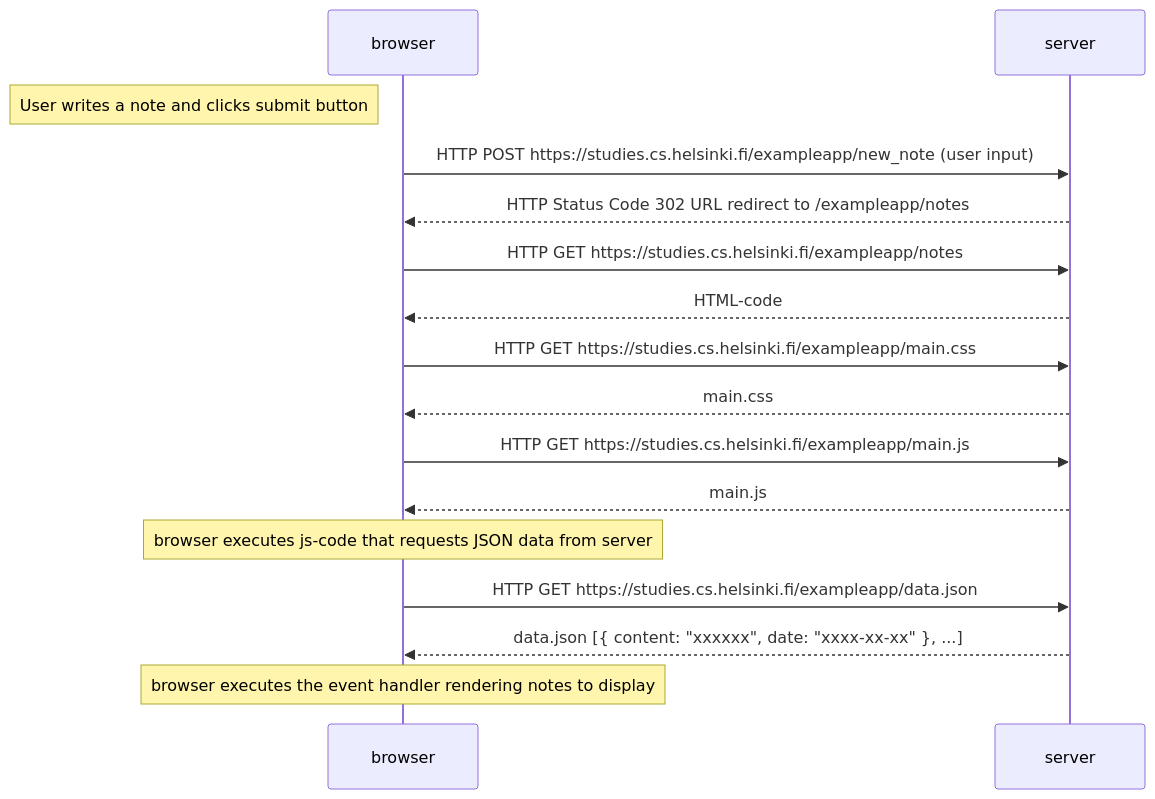
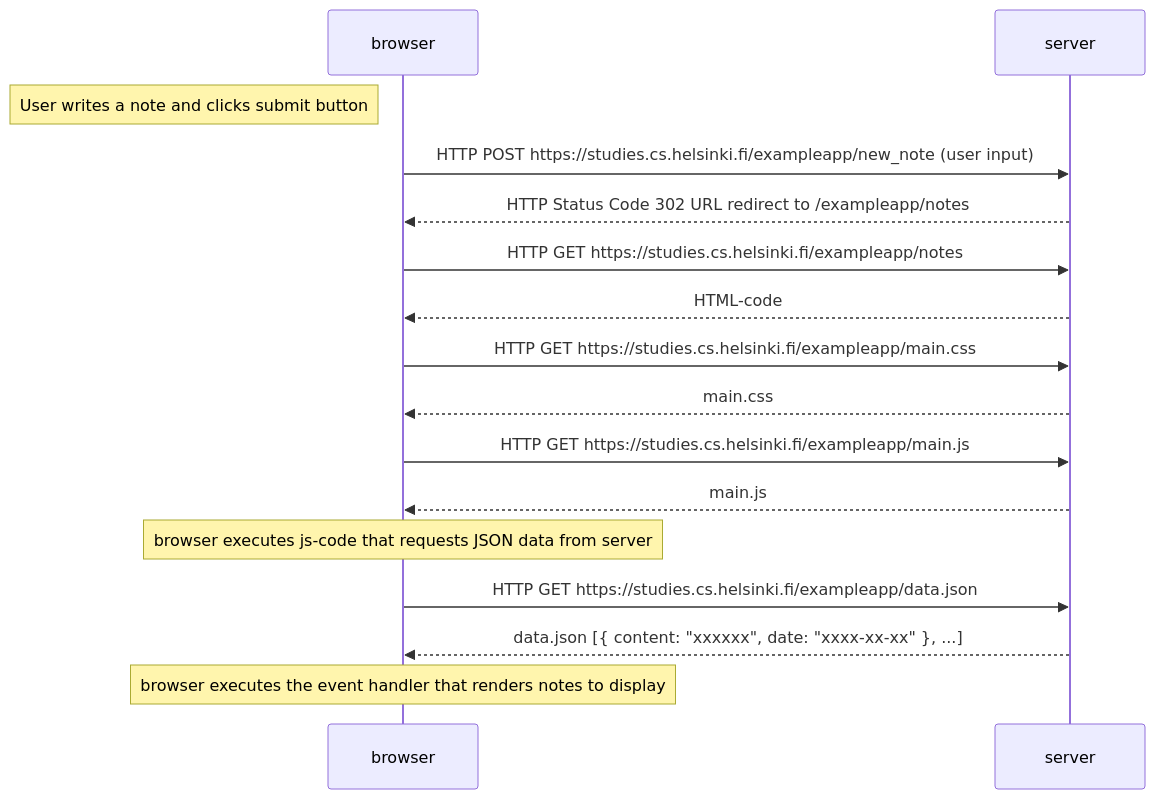
The diagram in part0/0_4.md (nikihietala/fullstack-open), drawn with Mermaid before and after one commit. The commit also changed 2 other files, not shown here.

Commit message:
fixes to part 0

````diff
--- a/part0/0_4.md
+++ b/part0/0_4.md
@@ -1,19 +1,19 @@
 ```mermaid
 	sequenceDiagram
         Note left of browser: User writes a note and clicks submit button
 		browser->>server: HTTP POST https://studies.cs.helsinki.fi/exampleapp/new_note (user input)
         server-->>browser: HTTP Status Code 302 URL redirect to /exampleapp/notes
         browser->>server: HTTP GET https://studies.cs.helsinki.fi/exampleapp/notes
         server-->>browser: HTML-code
         browser->>server: HTTP GET https://studies.cs.helsinki.fi/exampleapp/main.css
         server-->>browser: main.css
         browser->>server: HTTP GET https://studies.cs.helsinki.fi/exampleapp/main.js
         server-->>browser: main.js
 
         Note over browser: browser executes js-code that requests JSON data from server
 
         browser->>server: HTTP GET https://studies.cs.helsinki.fi/exampleapp/data.json
         server-->>browser: data.json [{ content: "xxxxxx", date: "xxxx-xx-xx" }, ...]
         
-        Note over browser: browser executes the event handler rendering notes to display
+        Note over browser: browser executes the event handler that renders notes to display
 ```
````
